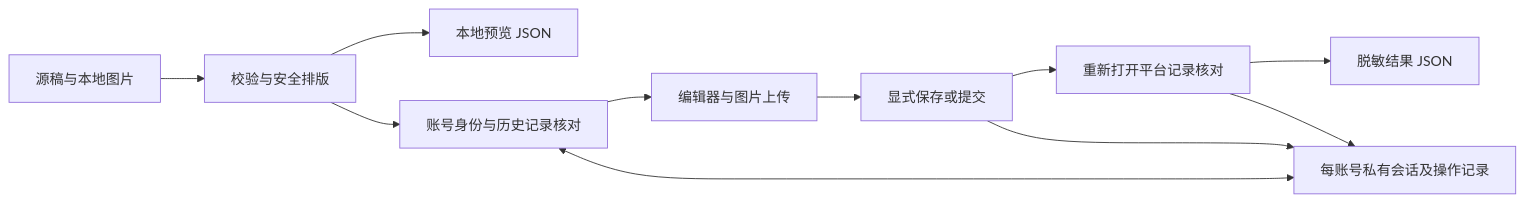
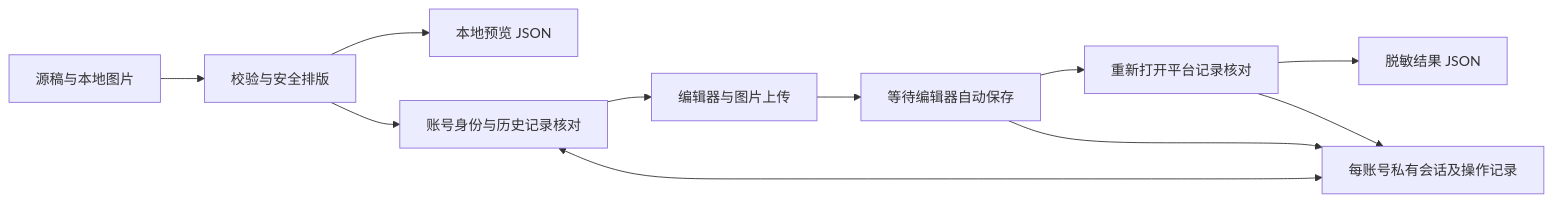
One commit to Acorn2/toutiao-ops changed the diagram in ARCHITECTURE.md. Above: the diagram before and after it, drawn with Mermaid. The commit also changed other lines of this file and 46 other files, not shown here.

````diff
--- a/ARCHITECTURE.md
+++ b/ARCHITECTURE.md
@@ -5,13 +5,13 @@
 ```mermaid
 flowchart LR
   A[源稿与本地图片] --> B[校验与安全排版]
   B --> C[本地预览 JSON]
   B --> D[账号身份与历史记录核对]
   D --> E[编辑器与图片上传]
-  E --> F[显式保存或提交]
+  E --> F[等待编辑器自动保存]
   F --> G[重新打开平台记录核对]
   G --> H[脱敏结果 JSON]
   D <--> I[每账号私有会话及操作记录]
   F --> I
   G --> I
 ```
````
